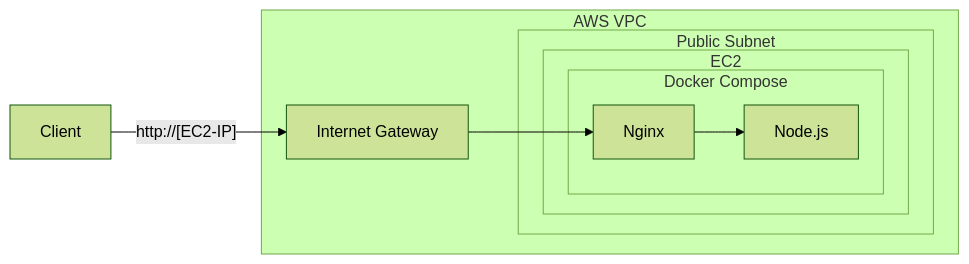
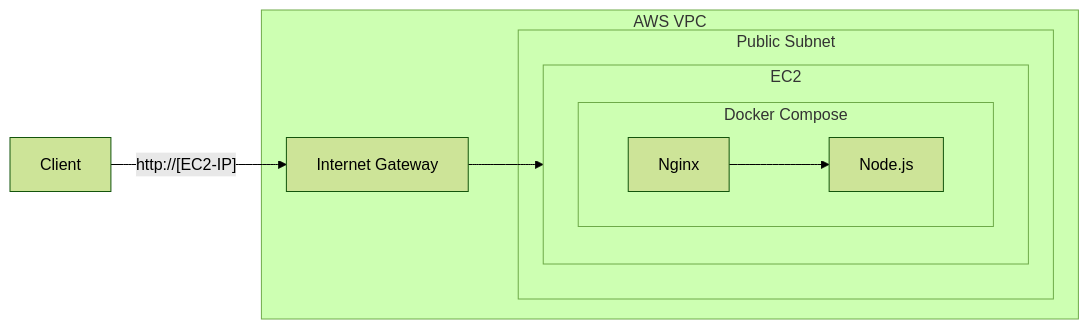
The diagram in content/docs/infra/4. AWS - IAM, VPC, EC2.md (skkuding/cookbook), drawn with Mermaid (forest theme) before and after one commit. The commit also changed other lines of this file and 8 other files, not shown here.

````diff
--- a/content/docs/infra/4. AWS - IAM, VPC, EC2.md
+++ b/content/docs/infra/4. AWS - IAM, VPC, EC2.md
@@ -188,14 +129,14 @@
 ```mermaid
 flowchart LR
   subgraph AWS VPC
     subgraph Public Subnet
       subgraph EC2
         subgraph Docker Compose
           Nginx --> Node.js
         end
       end
     end
     IGW["Internet Gateway"]
   end
-  Client -- "http://[EC2-IP]" --> IGW --> Nginx
+  Client -- "http://[EC2-IP]" --> IGW --> EC2
 ```
````
